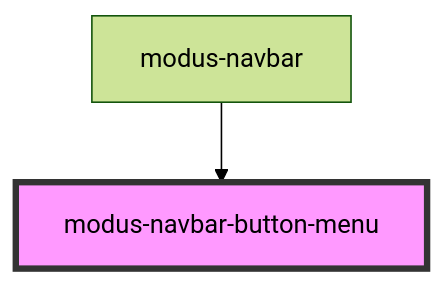
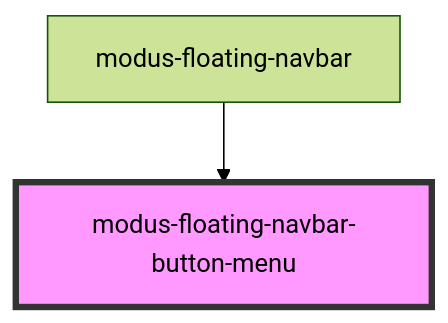
The diagram in stencil-workspace/src/components/modus-floating-navbar/button-menu/readme.md (trimble-oss/modus-web-components), drawn with Mermaid (forest theme) before and after one commit. The commit also changed other lines of this file and 48 other files, not shown here.

Commit message:
Modified floating navbar component

````diff
--- a/stencil-workspace/src/components/modus-floating-navbar/button-menu/readme.md
+++ b/stencil-workspace/src/components/modus-floating-navbar/button-menu/readme.md
@@ -22,5 +22,5 @@
 ```mermaid
 graph TD;
-  modus-navbar --> modus-navbar-button-menu
-  style modus-navbar-button-menu fill:#f9f,stroke:#333,stroke-width:4px
+  modus-floating-navbar --> modus-floating-navbar-button-menu
+  style modus-floating-navbar-button-menu fill:#f9f,stroke:#333,stroke-width:4px
 ```
````
